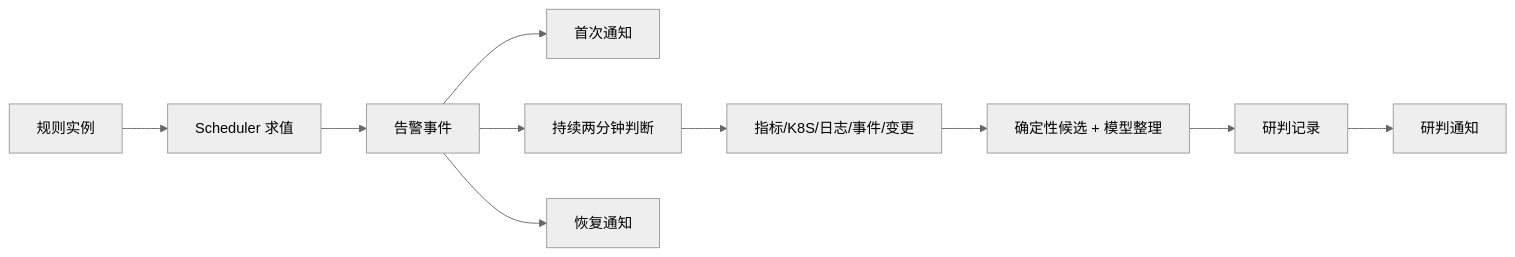
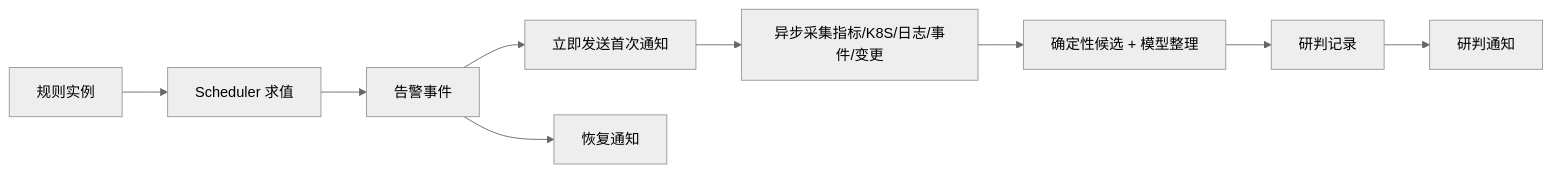
One commit to zhang410781/xingcloud changed the third of 3 diagrams in docs/项目架构.md. Above: the diagram before and after it, drawn with Mermaid (neutral theme). The commit also changed other lines of this file and 35 other files, not shown here.

````diff
--- a/docs/项目架构.md
+++ b/docs/项目架构.md
@@ -88,12 +88,11 @@
 ```mermaid
 flowchart LR
     rule[规则实例] --> eval[Scheduler 求值]
     eval --> event[告警事件]
-    event --> first[首次通知]
-    event --> gate[持续两分钟判断]
-    gate --> evidence[指标/K8S/日志/事件/变更]
+    event --> first[立即发送首次通知]
+    first --> evidence[异步采集指标/K8S/日志/事件/变更]
     evidence --> synth[确定性候选 + 模型整理]
     synth --> analysis[研判记录]
     analysis --> update[研判通知]
     event --> resolved[恢复通知]
 ```
````
